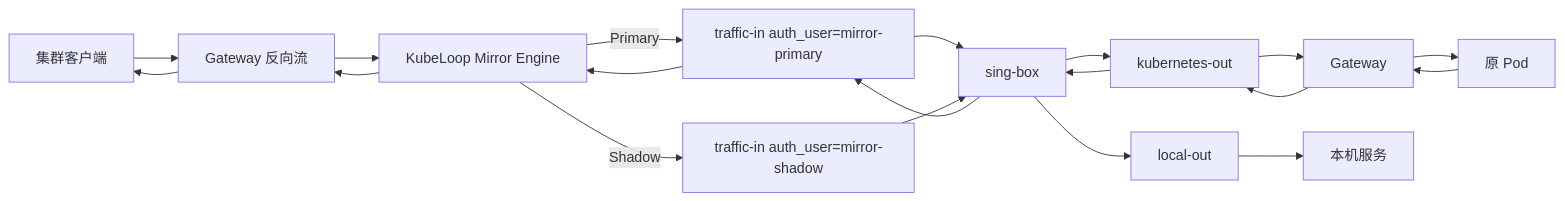
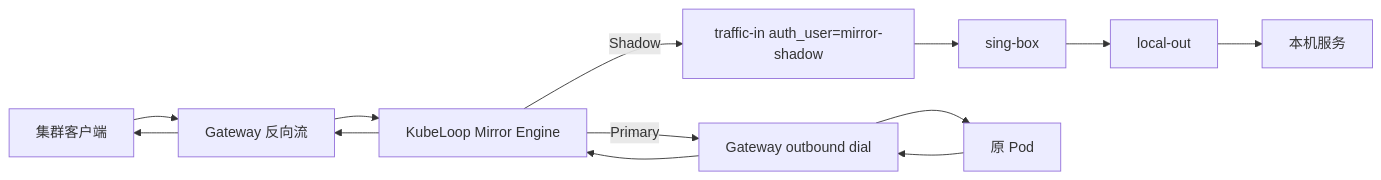
The third of 3 diagrams in docs/singbox-traffic-dataplane.zh-CN.md (fengqi-dev/kube-clash), drawn with Mermaid before and after one commit. The commit also changed other lines of this file and 8 other files, not shown here.

First line of the commit message:
refactor(traffic): streamline traffic handling by removing MirrorPrimary and updating routing logic

````diff
--- a/docs/singbox-traffic-dataplane.zh-CN.md
+++ b/docs/singbox-traffic-dataplane.zh-CN.md
@@ -333,21 +334,19 @@
 ```mermaid
 flowchart LR
     Client["集群客户端"]
     GatewayIn["Gateway 反向流"]
     Tee["KubeLoop Mirror Engine"]
 
-    PrimaryIn["traffic-in auth_user=mirror-primary"]
     ShadowIn["traffic-in auth_user=mirror-shadow"]
     SingBox["sing-box"]
-    KubeOut["kubernetes-out"]
     LocalOut["local-out"]
 
-    GatewayOut["Gateway"]
+    GatewayDial["Gateway outbound dial"]
     Pod["原 Pod"]
     Local["本机服务"]
 
     Client --> GatewayIn --> Tee
-    Tee -->|Primary| PrimaryIn --> SingBox --> KubeOut --> GatewayOut --> Pod
+    Tee -->|Primary| GatewayDial --> Pod
     Tee -->|Shadow| ShadowIn --> SingBox --> LocalOut --> Local
-    Pod --> GatewayOut --> KubeOut --> SingBox --> PrimaryIn --> Tee --> GatewayIn --> Client
+    Pod --> GatewayDial --> Tee --> GatewayIn --> Client
 ```
````
